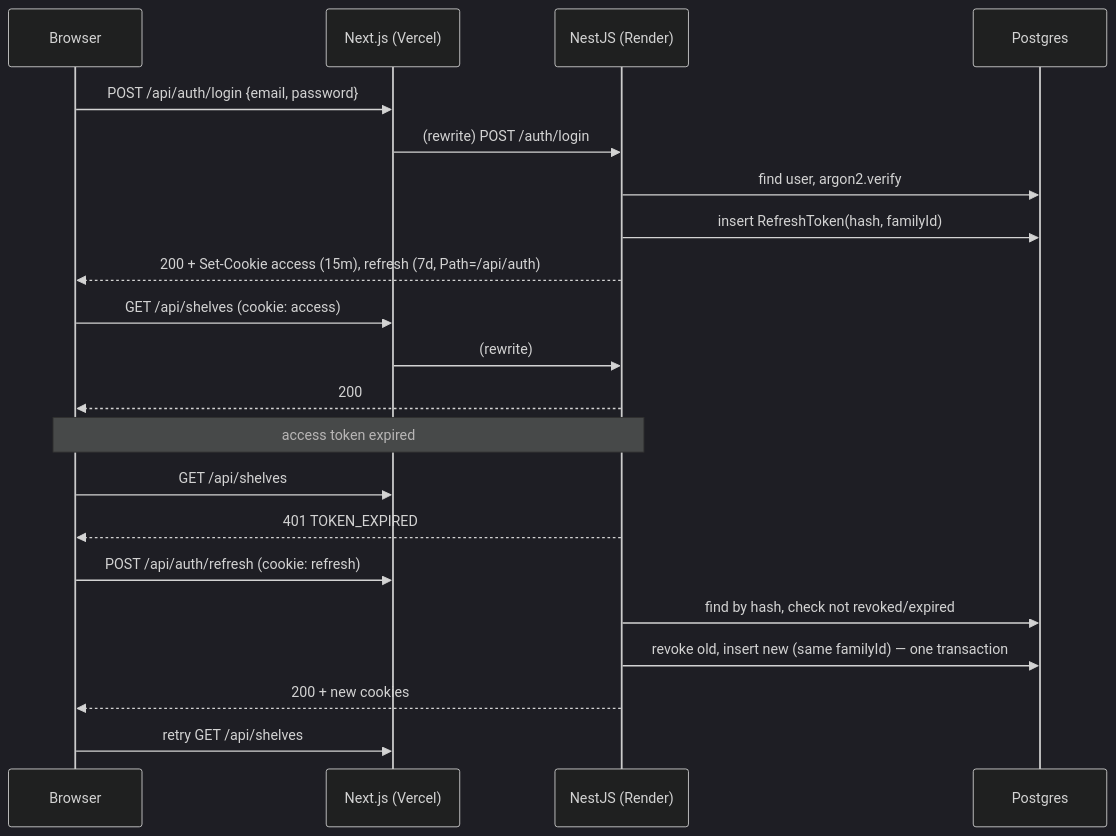
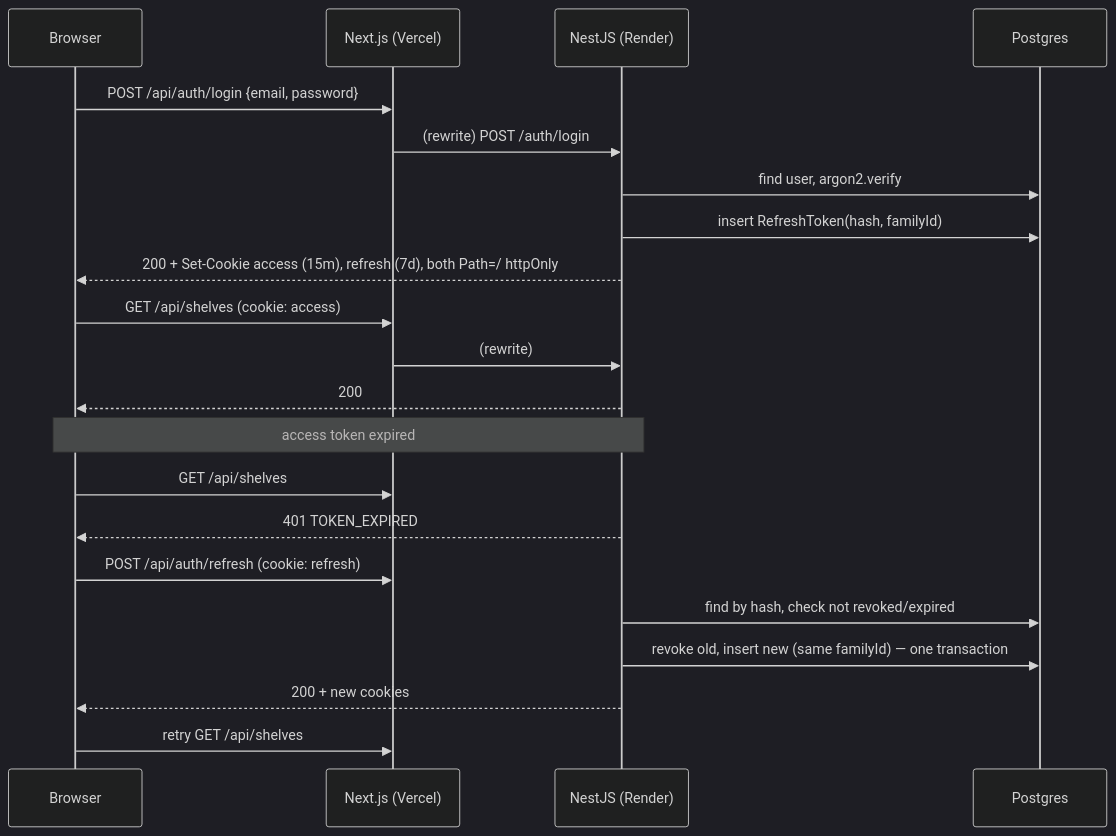
One commit to molitvinYe/Shelfwise changed the fourth of 5 diagrams in docs/architecture.md. Above: the diagram before and after it, drawn with Mermaid (dark theme). The commit also changed other lines of this file and 40 other files, not shown here.

````diff
--- a/docs/architecture.md
+++ b/docs/architecture.md
@@ -202,26 +202,26 @@
 ```mermaid
 sequenceDiagram
   participant B as Browser
   participant W as Next.js (Vercel)
   participant A as NestJS (Render)
   participant D as Postgres
 
   B->>W: POST /api/auth/login {email, password}
   W->>A: (rewrite) POST /auth/login
   A->>D: find user, argon2.verify
   A->>D: insert RefreshToken(hash, familyId)
-  A-->>B: 200 + Set-Cookie access (15m), refresh (7d, Path=/api/auth)
+  A-->>B: 200 + Set-Cookie access (15m), refresh (7d), both Path=/ httpOnly
 
   B->>W: GET /api/shelves (cookie: access)
   W->>A: (rewrite)
   A-->>B: 200
 
   Note over B,A: access token expired
   B->>W: GET /api/shelves
   A-->>B: 401 TOKEN_EXPIRED
   B->>W: POST /api/auth/refresh (cookie: refresh)
   A->>D: find by hash, check not revoked/expired
   A->>D: revoke old, insert new (same familyId) — one transaction
   A-->>B: 200 + new cookies
   B->>W: retry GET /api/shelves
 ```
````
